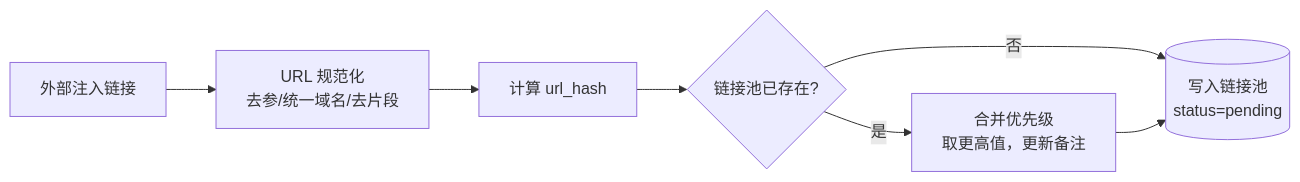
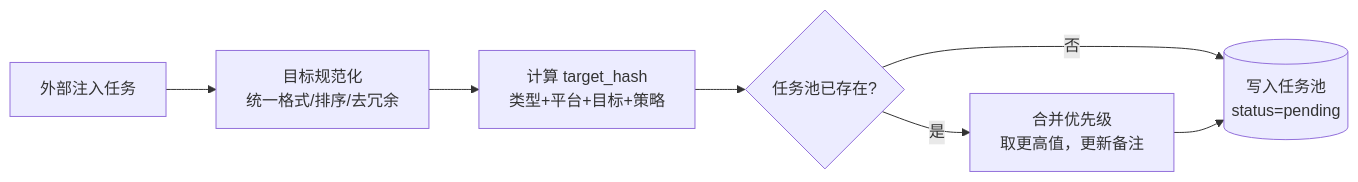
One commit to Sj-g/obsidian changed the second of 6 diagrams in 公司项目/认知作战/软件概要设计简述.md. Above: the diagram before and after it, drawn with Mermaid. The commit also changed other lines of this file, not shown here.

````diff
--- a/公司项目/认知作战/软件概要设计简述.md
+++ b/公司项目/认知作战/软件概要设计简述.md
@@ -97,9 +114,9 @@
 ```mermaid
 flowchart LR
-    IN["外部注入链接"] --> NORM["URL 规范化<br/>去参/统一域名/去片段"]
-    NORM --> HASH["计算 url_hash"]
-    HASH --> EXIST{"链接池已存在?"}
+    IN["外部注入任务"] --> NORM["目标规范化<br/>统一格式/排序/去冗余"]
+    NORM --> HASH["计算 target_hash<br/>类型+平台+目标+策略"]
+    HASH --> EXIST{"任务池已存在?"}
     EXIST -->|"是"| MERGE["合并优先级<br/>取更高值，更新备注"]
-    EXIST -->|"否"| INSERT[("写入链接池<br/>status=pending")]
+    EXIST -->|"否"| INSERT[("写入任务池<br/>status=pending")]
     MERGE --> INSERT
 ```
````
